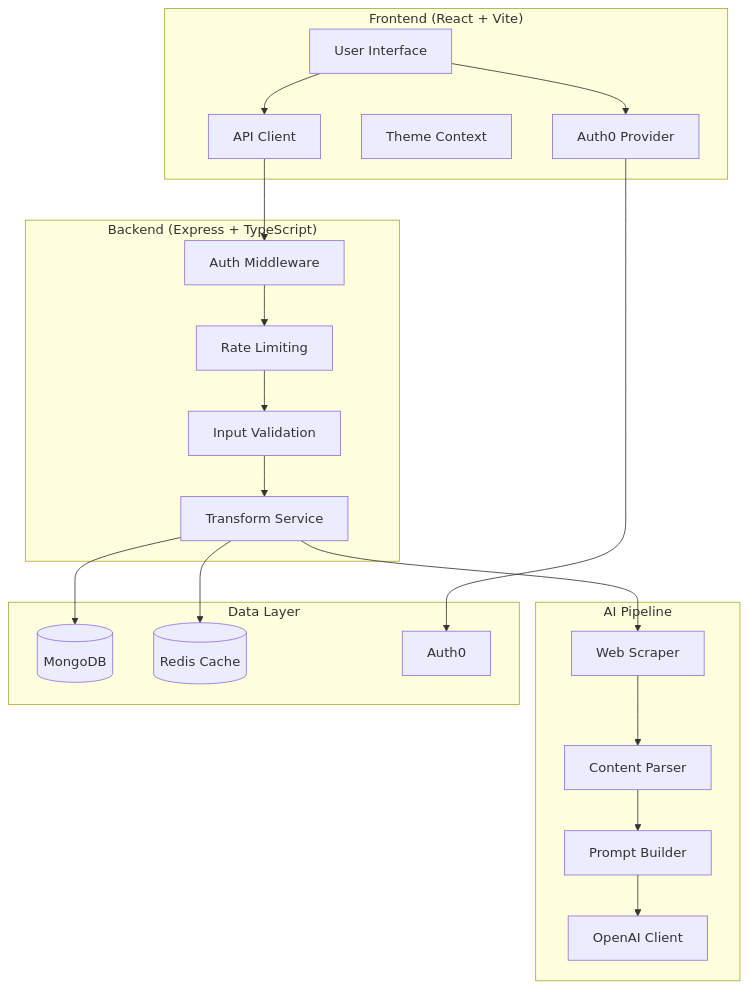
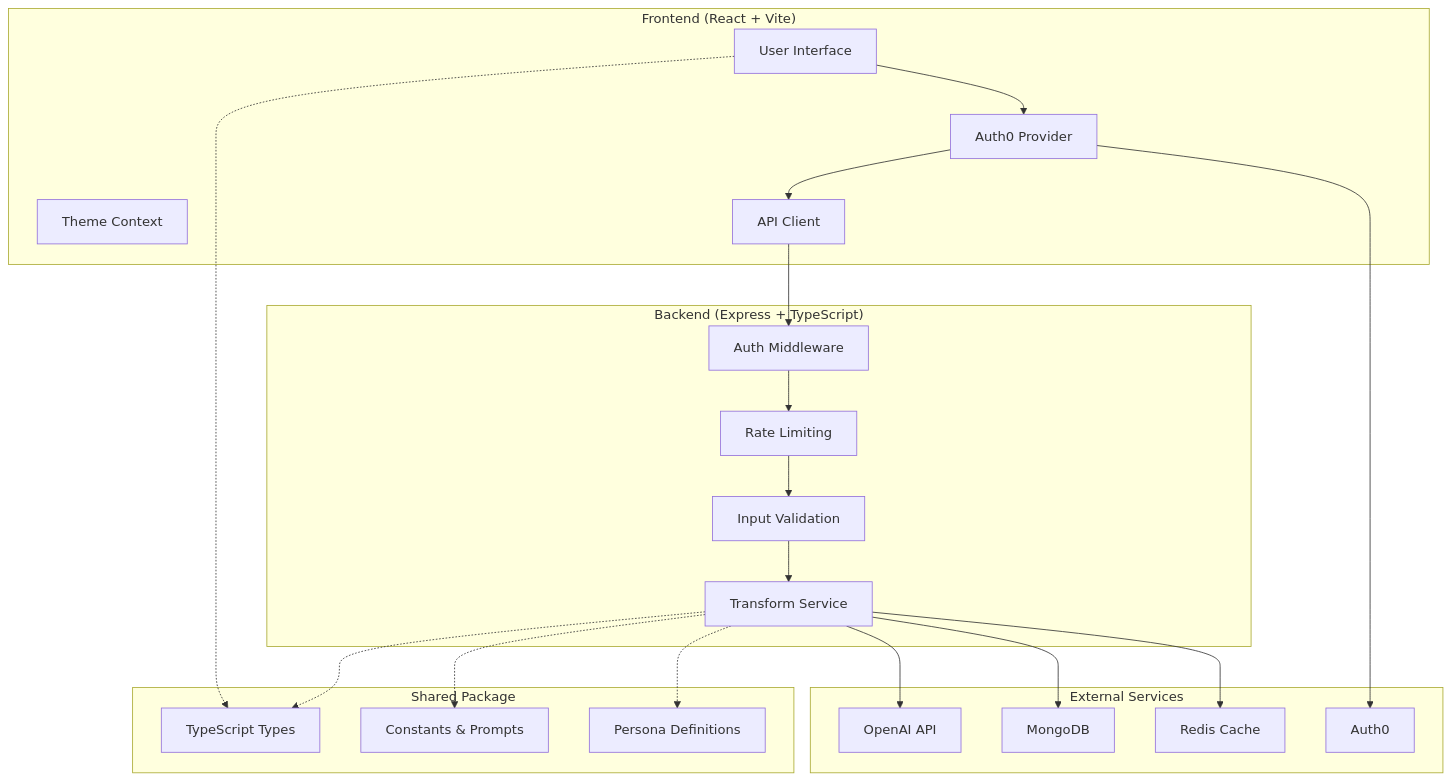
One commit to sjkd23/PagePersona changed the diagram in README.md. Above: the diagram before and after it, drawn with Mermaid. The commit also changed other lines of this file and 19 other files, not shown here.

````diff
--- a/README.md
+++ b/README.md
@@ -36,43 +159,45 @@
 ```mermaid
 graph TB
     subgraph "Frontend (React + Vite)"
         A[User Interface]
         B[Auth0 Provider]
         C[Theme Context]
         D[API Client]
     end
     
     subgraph "Backend (Express + TypeScript)"
         E[Auth Middleware]
         F[Rate Limiting]
         G[Input Validation]
         H[Transform Service]
     end
     
-    subgraph "AI Pipeline"
-        I[Web Scraper]
-        J[Content Parser]
-        K[Prompt Builder]
-        L[OpenAI Client]
+    subgraph "Shared Package"
+        I[TypeScript Types]
+        J[Constants & Prompts]
+        K[Persona Definitions]
     end
     
-    subgraph "Data Layer"
-        M[(MongoDB)]
-        N[(Redis Cache)]
+    subgraph "External Services"
+        L[OpenAI API]
+        M[MongoDB]
+        N[Redis Cache]
         O[Auth0]
     end
     
     A --> B
-    B --> O
-    A --> D
+    B --> D
     D --> E
     E --> F
     F --> G
     G --> H
-    H --> I
-    I --> J
-    J --> K
-    K --> L
+    H --> L
     H --> M
     H --> N
+    B --> O
+    
+    A -.-> I
+    H -.-> I
+    H -.-> J
+    H -.-> K
 ```
````
